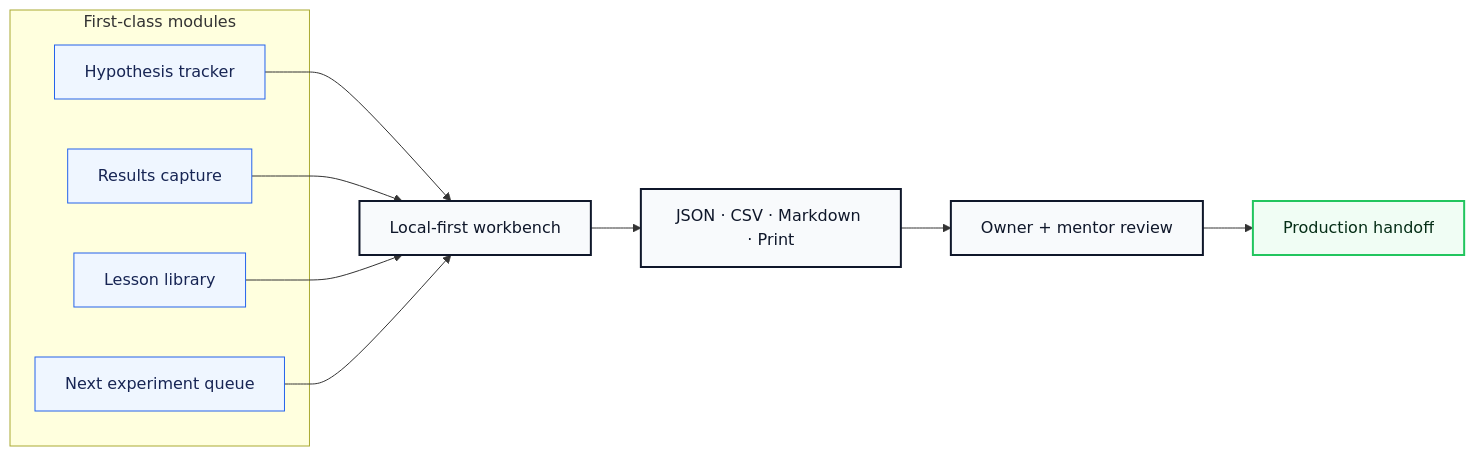
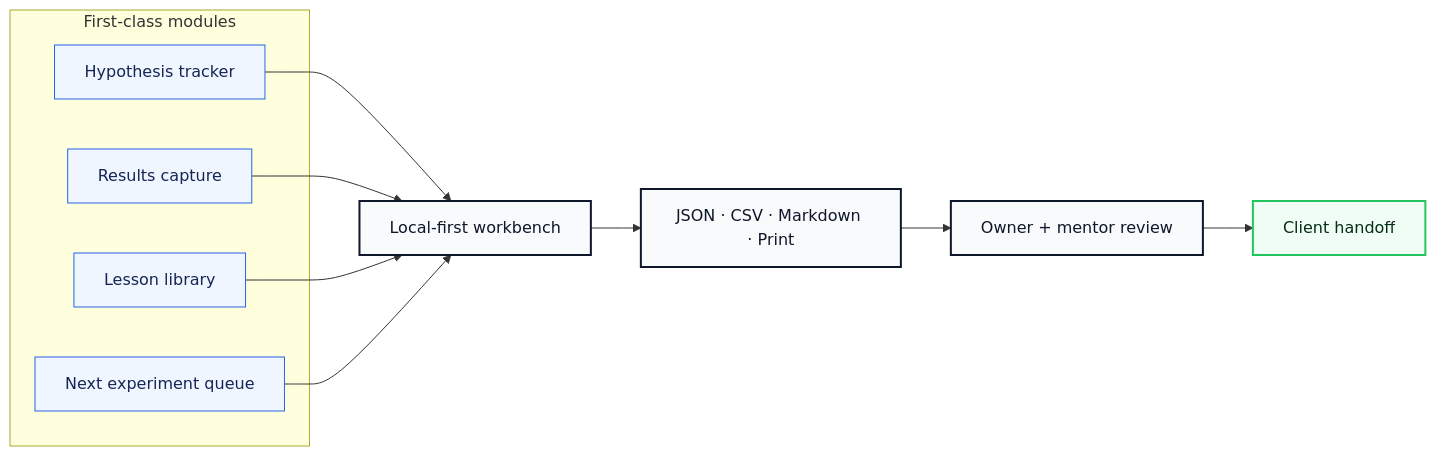
One commit to volta-npo/campaign-retro-board changed the second of 3 diagrams in README.md. Above: the diagram before and after it, drawn with Mermaid. The commit also changed other lines of this file and 28 other files, not shown here.

````diff
--- a/README.md
+++ b/README.md
@@ -64,23 +64,23 @@
 ```mermaid
 flowchart LR
     subgraph Modules["First-class modules"]
         M1["Hypothesis tracker"]
         M2["Results capture"]
         M3["Lesson library"]
         M4["Next experiment queue"]
     end
     M1 --> Workbench
     M2 --> Workbench
     M3 --> Workbench
     M4 --> Workbench
     Workbench["Local-first workbench"] --> Exports["JSON · CSV · Markdown · Print"]
     Exports --> Review["Owner + mentor review"]
-    Review --> Launch["Production handoff"]
+    Review --> Launch["Client handoff"]
 
     classDef module fill:#eff6ff,stroke:#2563eb,color:#172554;
     classDef app fill:#f8fafc,stroke:#0f172a,color:#0f172a,stroke-width:2px;
     classDef launch fill:#f0fdf4,stroke:#22c55e,color:#052e16,stroke-width:2px;
     class M1,M2,M3,M4 module;
     class Workbench,Exports,Review app;
     class Launch launch;
 ```
````
